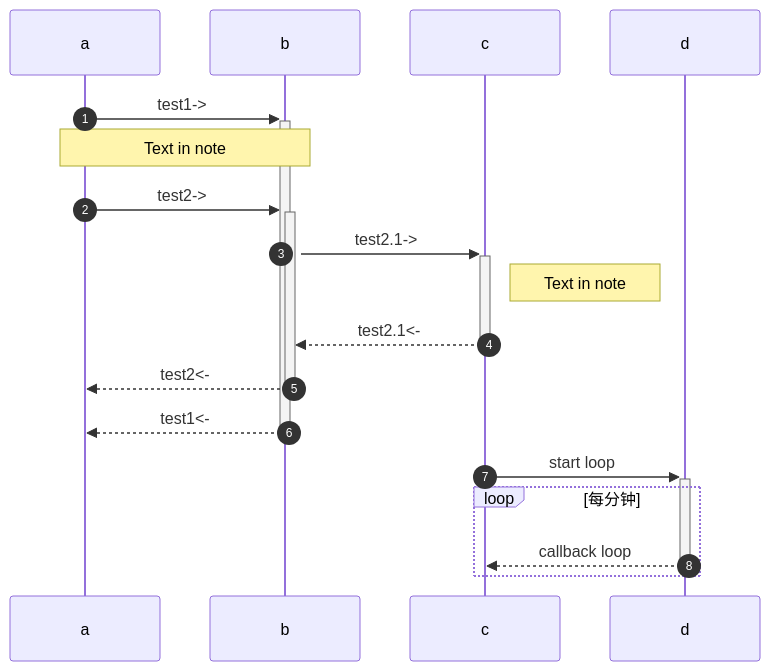
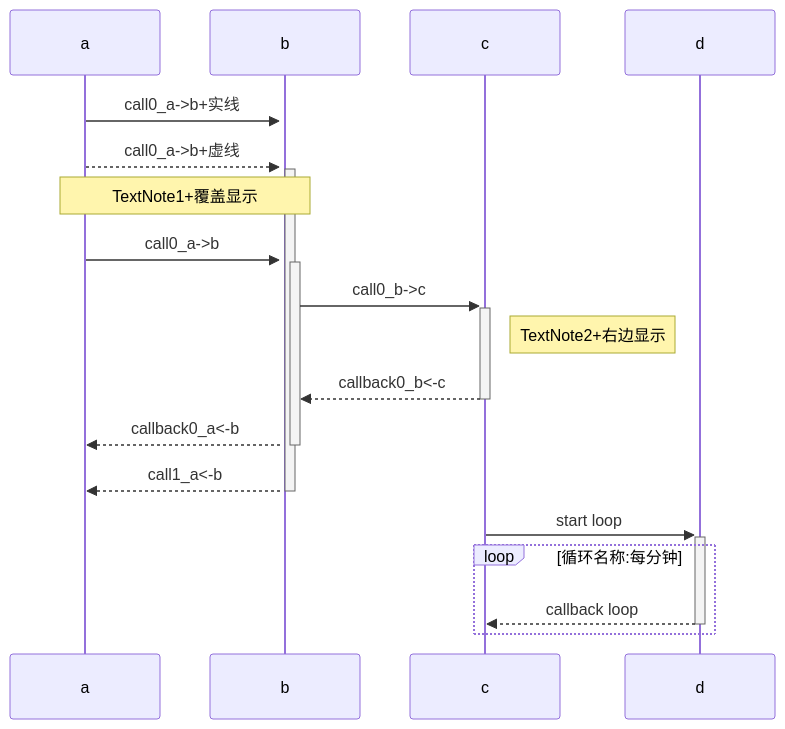
Before and after one commit to norven63/MyObsidian: the second of 3 diagrams in 13沉淀笔记/MarkDown绘图示例.md, drawn with Mermaid. The commit also changed other lines of this file and 3 other files, not shown here.

````diff
--- a/13沉淀笔记/MarkDown绘图示例.md
+++ b/13沉淀笔记/MarkDown绘图示例.md
@@ -26,16 +41,22 @@
 ```mermaid
 sequenceDiagram
-	autonumber
-	a->>+b:test1->
-	Note over a,b: Text in note
-	a->>+b:test2->
-	b->>+c:test2.1->
-	Note right of c: Text in note
-	c-->>-b:test2.1<-
-	b-->>-a:test2<-
-	b-->>-a:test1<-
+	participant a
+	participant b
+	
+	a->>+b:call0_a->b+实线
+	a-->>+b:call0_a->b+虚线
+	Note over a,b: TextNote1+覆盖显示
+	
+	a->>+b:call0_a->b
+	b->>+c:call0_b->c
+	Note right of c: TextNote2+右边显示
+	c-->>-b:callback0_b<-c
+	
+	b-->>-a:callback0_a<-b
+	b-->>-a:call1_a<-b
+	
 	c->>+d:start loop
-	loop 每分钟
+	loop 循环名称:每分钟
 		d-->>-c:callback loop
 	end
 ```
````
